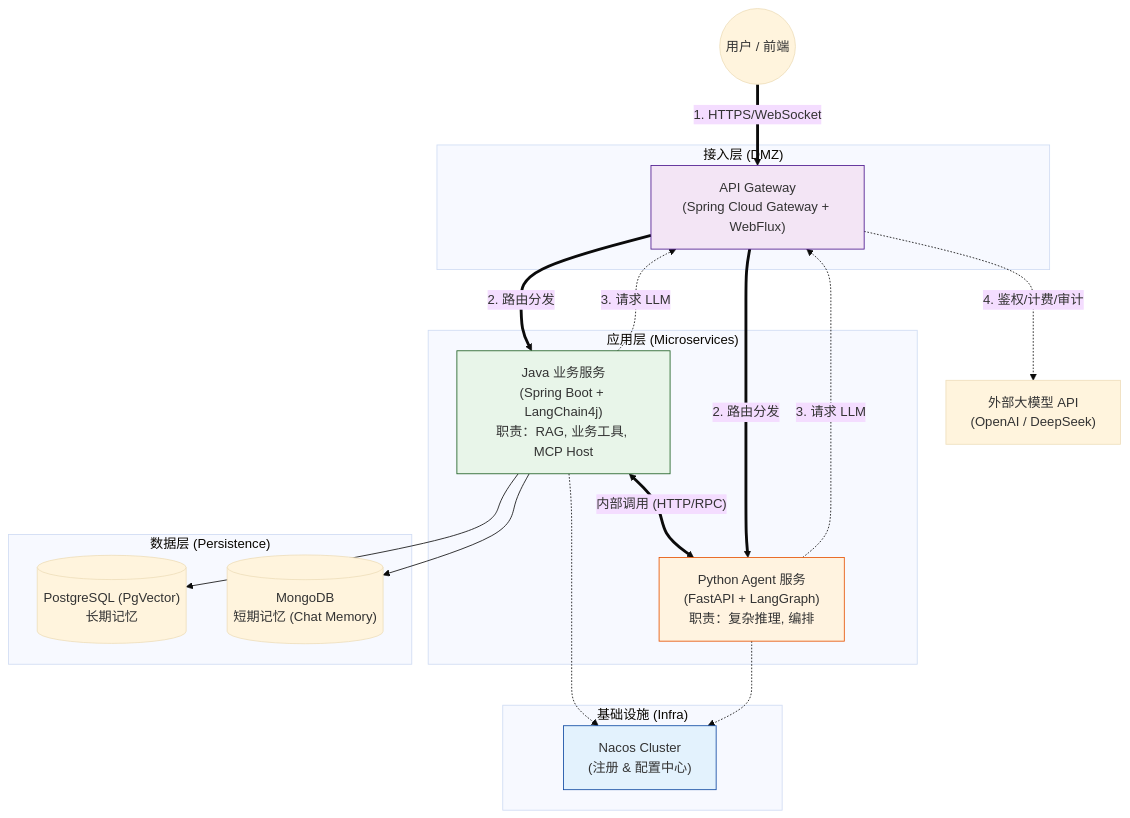
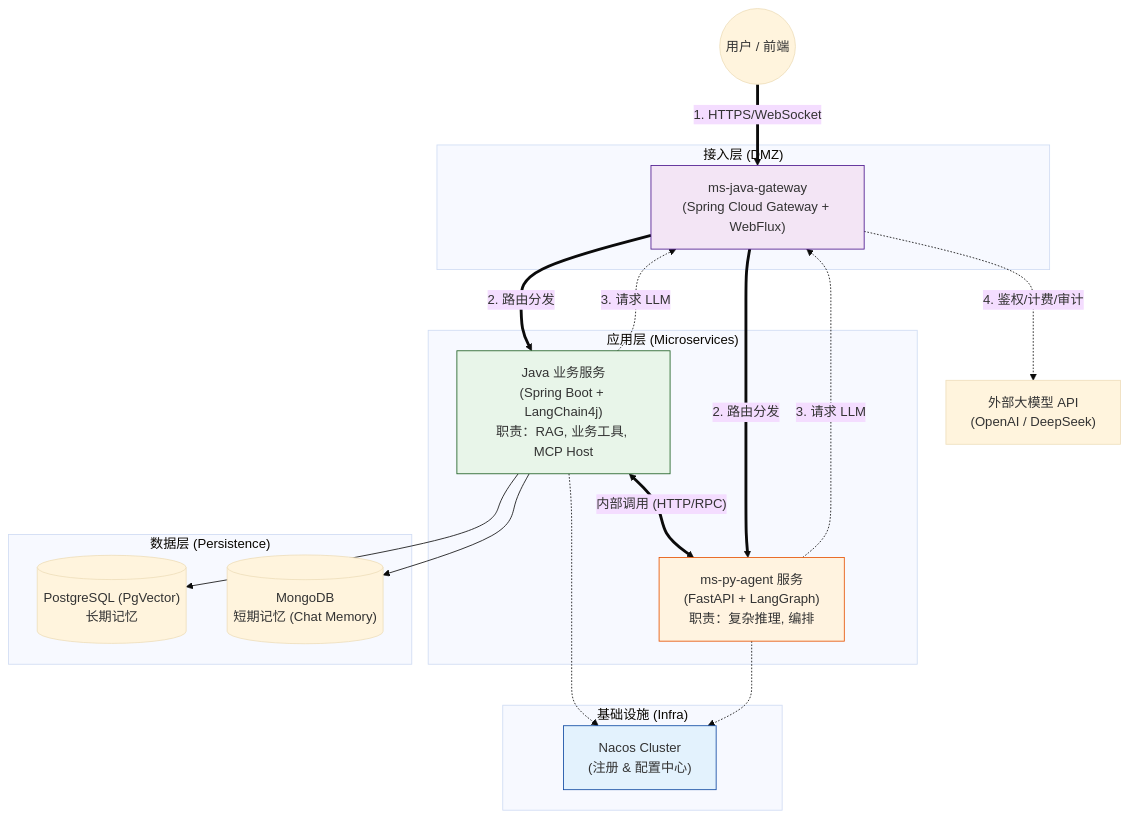
Before and after one commit to tianyaqpzm/ms-java-gateway: the first of 7 diagrams in README.md, drawn with Mermaid (base theme). The commit also changed other lines of this file and 8 other files, not shown here.

First line of the commit message:
feat: rename project and service artifacts to ms-java-gateway and update routing configurations (#12)

````diff
--- a/README.md
+++ b/README.md
@@ -9,65 +9,66 @@
 ```Mermaid
 graph TD
     %% ==========================================
     %% 外部层
     %% ==========================================
     User(("用户 / 前端"))
     LLM_Provider["外部大模型 API\n(OpenAI / DeepSeek)"]
     
     %% ==========================================
     %% 网关层 (Spring Cloud Gateway)
     %% ==========================================
     subgraph "接入层 (DMZ)"
-        Gateway["API Gateway\n(Spring Cloud Gateway + WebFlux)"]
+        Gateway["ms-java-gateway\n(Spring Cloud Gateway + WebFlux)"]
         style Gateway fill:#f3e5f5,stroke:#4a148c
     end
 
     %% ==========================================
     %% 服务治理
     %% ==========================================
     subgraph "基础设施 (Infra)"
         Nacos["Nacos Cluster\n(注册 & 配置中心)"]
         style Nacos fill:#e3f2fd,stroke:#0d47a1
     end
 
     %% ==========================================
     %% 内部服务层
     %% ==========================================
     subgraph "应用层 (Microservices)"
         %% Java 服务
         JavaApp["Java 业务服务\n(Spring Boot + LangChain4j)\n职责：RAG, 业务工具, MCP Host"]
+        %% ms-java-biz
         style JavaApp fill:#e8f5e9,stroke:#1b5e20
         
-        %% Python 服务
-        PythonApp["Python Agent 服务\n(FastAPI + LangGraph)\n职责：复杂推理, 编排"]
+        %% ms-py-agent
+        PythonApp["ms-py-agent 服务\n(FastAPI + LangGraph)\n职责：复杂推理, 编排"]
         style PythonApp fill:#fff3e0,stroke:#e65100
         
         %% 互通
         JavaApp <==>|"内部调用 (HTTP/RPC)"| PythonApp
         JavaApp -.-> Nacos
         PythonApp -.-> Nacos
     end
 
     %% ==========================================
     %% 数据层
     %% ==========================================
     subgraph "数据层 (Persistence)"
         PgVector[("PostgreSQL (PgVector)\n长期记忆")]
         Mongo[("MongoDB\n短期记忆 (Chat Memory)")]
     end
 
     %% ==========================================
     %% 连线
     %% ==========================================
     User ==>|"1. HTTPS/WebSocket"| Gateway
     Gateway ==>|"2. 路由分发"| JavaApp
     Gateway ==>|"2. 路由分发"| PythonApp
     
     JavaApp --> PgVector
     JavaApp --> Mongo
     
     %% AI Proxy 模式
     JavaApp -.->|"3. 请求 LLM"| Gateway
     PythonApp -.->|"3. 请求 LLM"| Gateway
     Gateway -.->|"4. 鉴权/计费/审计"| LLM_Provider
 ```
````
